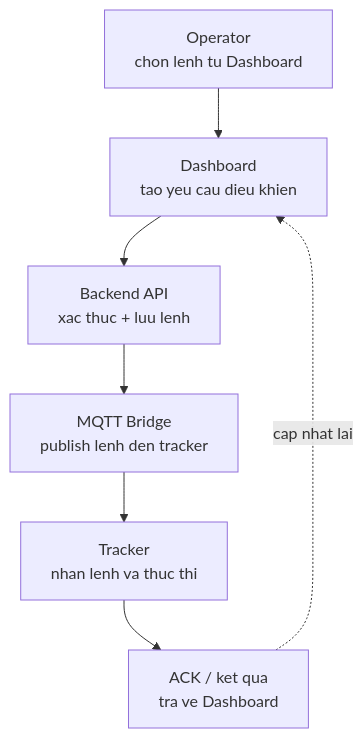
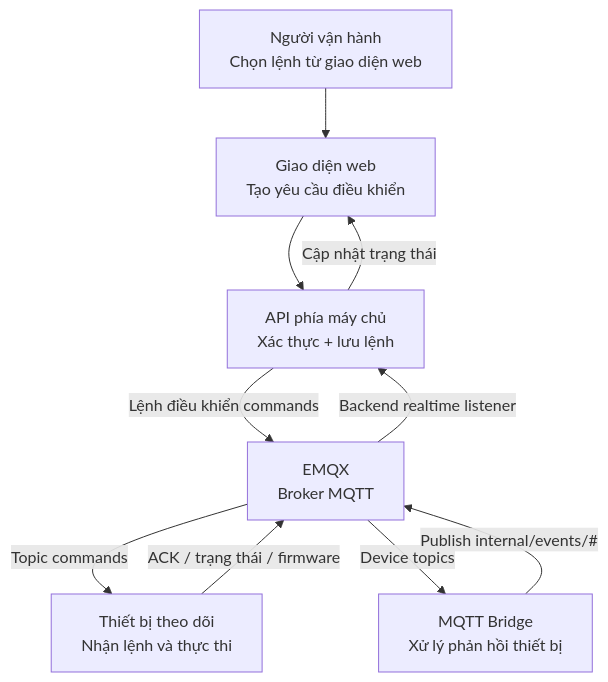
The diagram in resources/reports/thesis/final/assets/uml/10-chuong-4-ket-qua-do-luong-hinh-4-36.mmd (anmh1205/IoT_Vehicle_Tracking_System), drawn with Mermaid before and after one commit. The commit also changed other lines of this file and 770 other files, not shown here.

```diff
--- a/resources/reports/thesis/final/assets/uml/10-chuong-4-ket-qua-do-luong-hinh-4-36.mmd
+++ b/resources/reports/thesis/final/assets/uml/10-chuong-4-ket-qua-do-luong-hinh-4-36.mmd
@@ -1,10 +1,13 @@
 flowchart TB
-    Operator["Operator<br/>chon lenh tu Dashboard"]
-    UI["Dashboard<br/>tao yeu cau dieu khien"]
-    API["Backend API<br/>xac thuc + luu lenh"]
-    Bridge["MQTT Bridge<br/>publish lenh den tracker"]
-    Device["Tracker<br/>nhan lenh va thuc thi"]
-    Ack["ACK / ket qua<br/>tra ve Dashboard"]
+    Operator["Người vận hành<br/>Chọn lệnh từ giao diện web"]
+    UI["Giao diện web<br/>Tạo yêu cầu điều khiển"]
+    API["API phía máy chủ<br/>Xác thực + lưu lệnh"]
+    Broker["EMQX<br/>Broker MQTT"]
+    Bridge["MQTT Bridge<br/>Xử lý phản hồi thiết bị"]
+    Device["Thiết bị theo dõi<br/>Nhận lệnh và thực thi"]
 
-    Operator --> UI --> API --> Bridge --> Device --> Ack
-    Ack -. cap nhat lai .-> UI
+    Operator --> UI --> API
+    API -->|Lệnh điều khiển commands| Broker -->|Topic commands| Device
+    Device -->|ACK / trạng thái / firmware| Broker -->|Device topics| Bridge
+    Bridge -->|Publish internal/events/#| Broker -->|Backend realtime listener| API
+    API -->|Cập nhật trạng thái| UI
```
